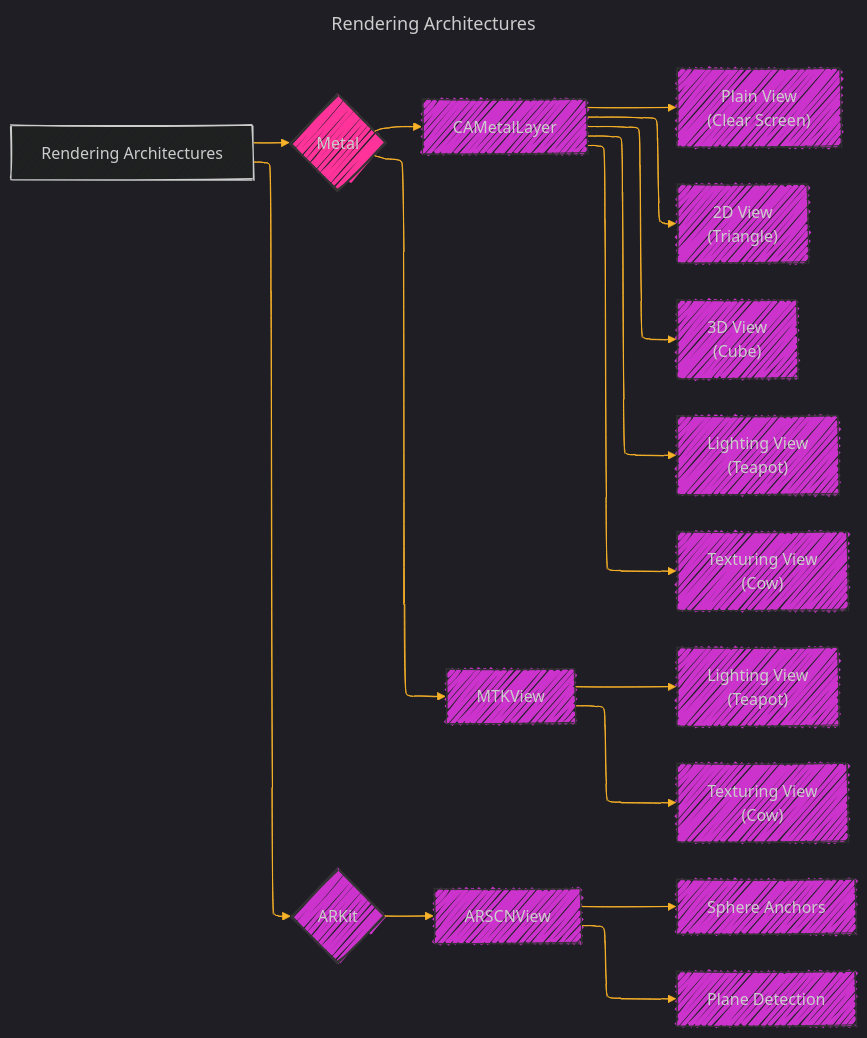
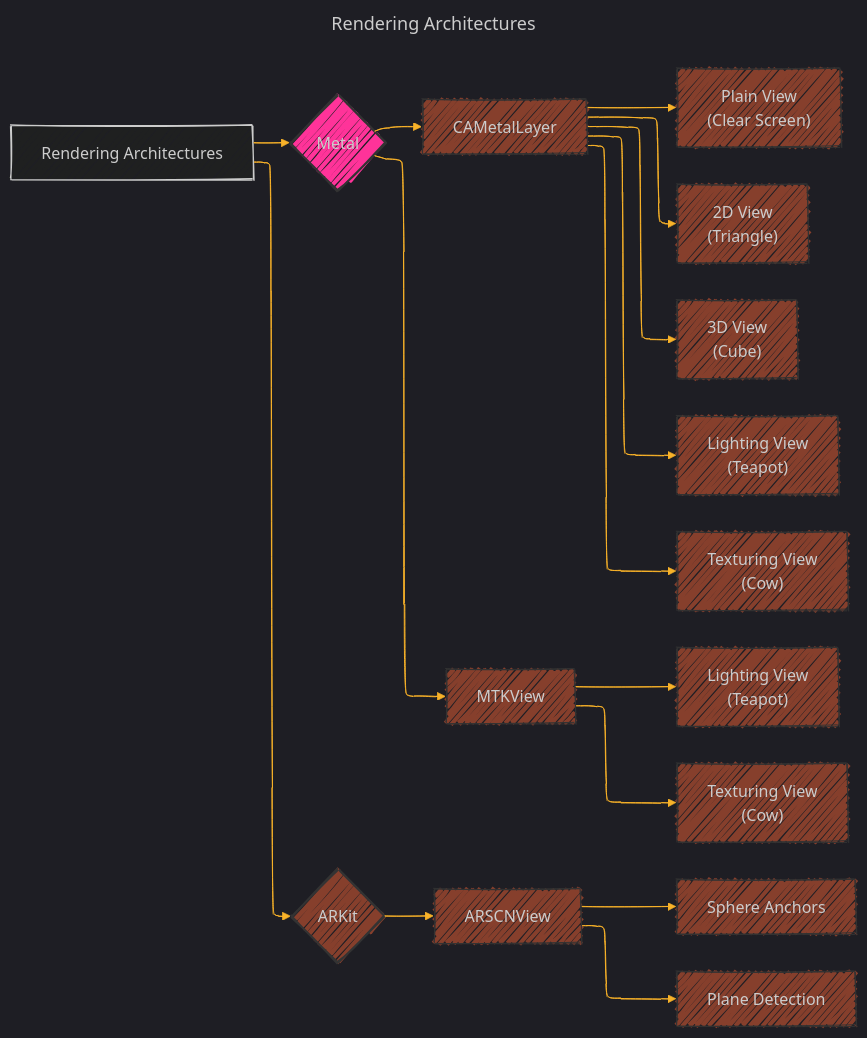
One commit to CongLeSolutionX/Metal-Primitives changed the second of 8 diagrams in Documentation_Consolidated_Version_Draft_2.md. Above: the diagram before and after it, drawn with Mermaid. The commit also changed other lines of this file, not shown here.

````diff
--- a/Documentation_Consolidated_Version_Draft_2.md
+++ b/Documentation_Consolidated_Version_Draft_2.md
@@ -126,54 +126,54 @@
 ```mermaid
 ---
 title: Rendering Architectures
 config:
   layout: elk
   look: handDrawn
   theme: dark
 ---
 %%{
   init: {
     'fontFamily': 'verdana',
     'themeVariables': {
       'primaryColor': '#BB2528',
       'primaryTextColor': '#f529',
       'primaryBorderColor': '#7C0000',
       'lineColor': '#F8B229',
       'secondaryColor': '#006100',
       'tertiaryColor': '#fff'
     }
   }
 }%%
 graph LR
     A[Rendering Architectures] --> B{Metal}
     B --> C[CAMetalLayer]
     C --> D["Plain View<br>(Clear Screen)"]
     C --> E["2D View<br>(Triangle)"]
     C --> F["3D View<br>(Cube)"]
     C --> G["Lighting View<br>(Teapot)"]
     C --> H["Texturing View<br>(Cow)"]
     B --> I[MTKView]
     I --> J["Lighting View<br>(Teapot)"]
     I --> K["Texturing View<br>(Cow)"]
 
     A --> L{ARKit}
     L --> M[ARSCNView]
     M --> N[Sphere Anchors]
     M --> O[Plane Detection]
 
     style B fill:#f39f,stroke:#333,stroke-width:2px
-    style L fill:#c3cf,stroke:#333,stroke-width:2px
-    style C fill:#c3cf,stroke:#333,stroke-width:1px
-    style I fill:#c3cf,stroke:#333,stroke-width:1px
-    style D fill:#c3cf,stroke:#333,stroke-width:1px
-    style E fill:#c3cf,stroke:#333,stroke-width:1px
-    style F fill:#c3cf,stroke:#333,stroke-width:1px
-    style G fill:#c3cf,stroke:#333,stroke-width:1px
-    style H fill:#c3cf,stroke:#333,stroke-width:1px
-    style J fill:#c3cf,stroke:#333,stroke-width:1px
-    style K fill:#c3cf,stroke:#333,stroke-width:1px
-    style M fill:#c3cf,stroke:#333,stroke-width:1px
-    style N fill:#c3cf,stroke:#333,stroke-width:1px
-    style O fill:#c3cf,stroke:#333,stroke-width:1px
+    style L fill:#c539,stroke:#333,stroke-width:2px
+    style C fill:#c539,stroke:#333,stroke-width:1px
+    style I fill:#c539,stroke:#333,stroke-width:1px
+    style D fill:#c539,stroke:#333,stroke-width:1px
+    style E fill:#c539,stroke:#333,stroke-width:1px
+    style F fill:#c539,stroke:#333,stroke-width:1px
+    style G fill:#c539,stroke:#333,stroke-width:1px
+    style H fill:#c539,stroke:#333,stroke-width:1px
+    style J fill:#c539,stroke:#333,stroke-width:1px
+    style K fill:#c539,stroke:#333,stroke-width:1px
+    style M fill:#c539,stroke:#333,stroke-width:1px
+    style N fill:#c539,stroke:#333,stroke-width:1px
+    style O fill:#c539,stroke:#333,stroke-width:1px
 
 ```
````
